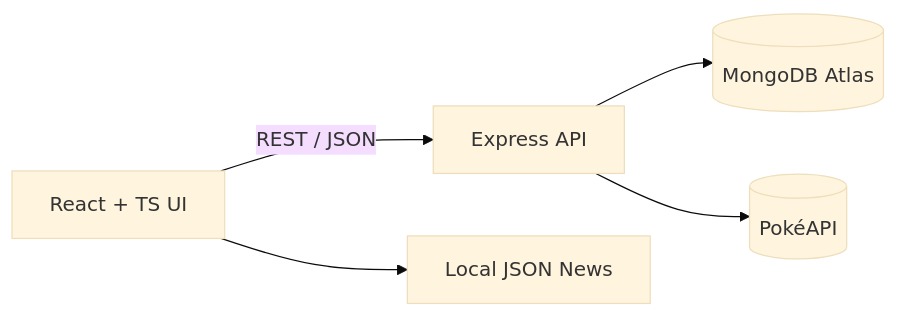
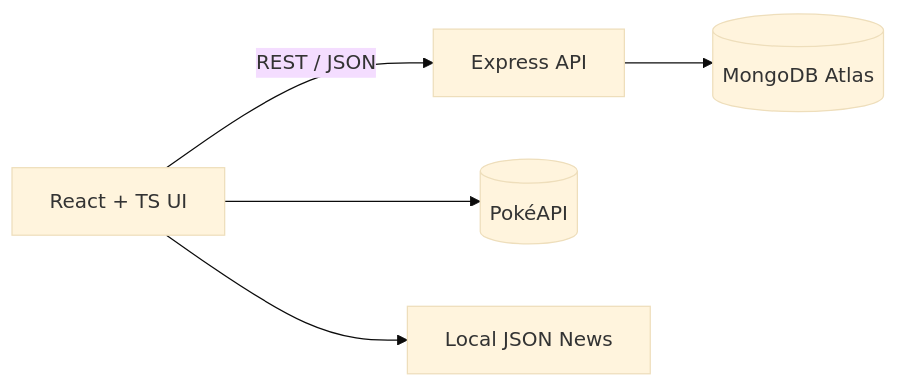
The diagram in README.md (Takeruso/pokemon-trainer-hub), drawn with Mermaid (base theme) before and after one commit. The commit also changed other lines of this file, not shown here.

Commit message:
Update README.md with project description and architecture details.

````diff
--- a/README.md
+++ b/README.md
@@ -71,7 +69,7 @@
 ```mermaid
 flowchart LR
     A[React + TS UI] -->|REST / JSON| B[Express API]
     B --> C[(MongoDB Atlas)]
-    B --> D[(PokéAPI)]
+    A --> D[(PokéAPI)]
     A --> E[Local JSON News]
 ```
````
